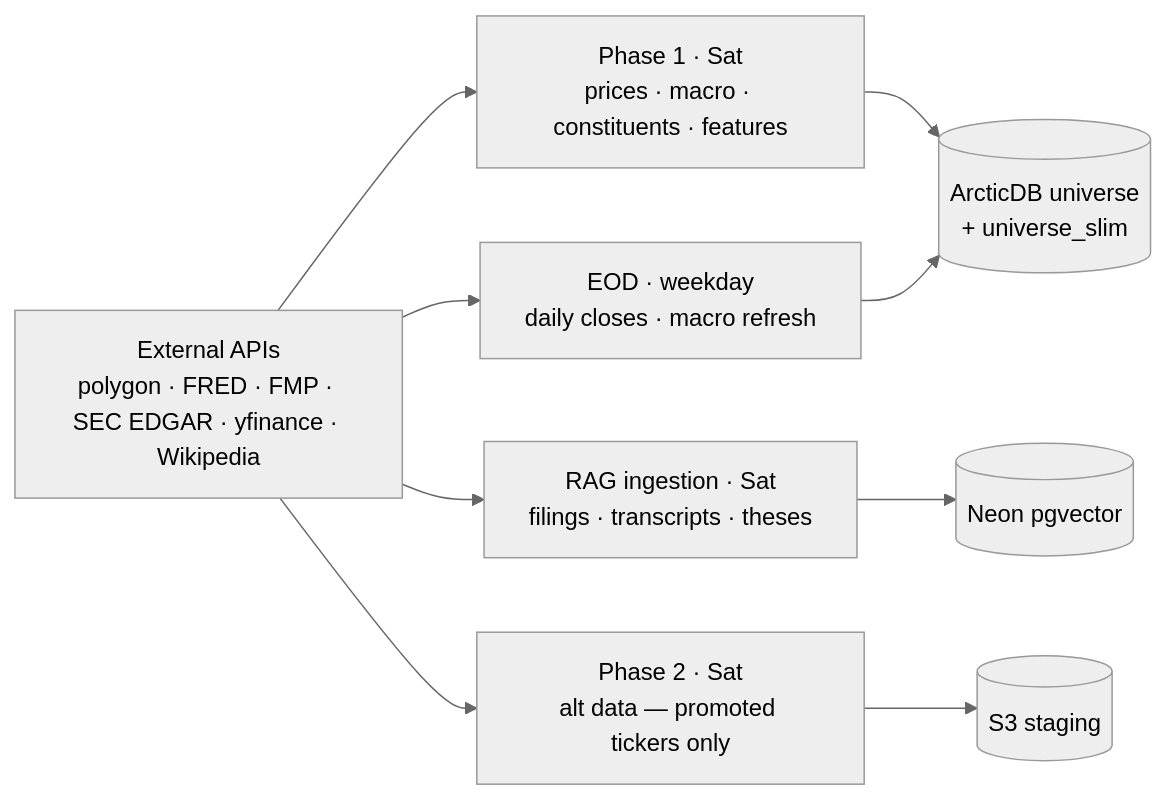
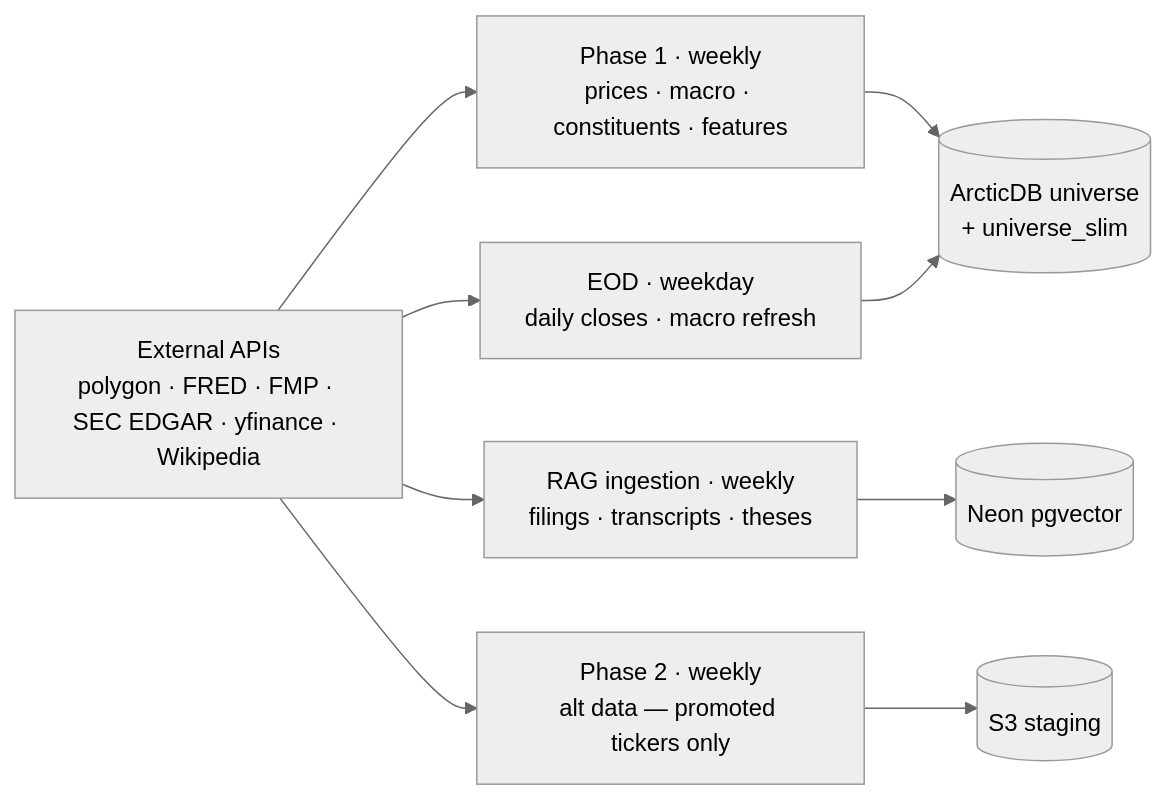
The diagram in README.md (cipher813/alpha-engine-data), drawn with Mermaid (neutral theme) before and after one commit. The commit also changed 1 other file, not shown here.

Commit message:
fix(presentation): refer to weekly SF, drop day-specific scheduling refs
Per review: presentation surfaces should refer to "the weekly Step
Function" rather than tying to a specific day (Saturday). Schedule
specifics (cron expressions, day-of-week) belong in CLAUDE.md, not
in user-facing READMEs — keeps the doc resilient if the schedule
ever shifts.

- README architecture diagram: "Phase 1 · Sat" → "Phase 1 · weekly"
  (similarly for RAG ingestion + Phase 2 boxes)
- OVERVIEW.md run modes table: "Saturday Step Function" → "weekly
  Step Function" (3 references)

````diff
--- a/README.md
+++ b/README.md
@@ -30,17 +30,17 @@
 ```mermaid
 flowchart LR
     APIs[External APIs<br/>polygon · FRED · FMP · SEC EDGAR · yfinance · Wikipedia] --> P1
     APIs --> RAG
     APIs --> P2
     APIs --> EOD
 
-    P1[Phase 1 · Sat<br/>prices · macro · constituents · features]
-    RAG[RAG ingestion · Sat<br/>filings · transcripts · theses]
-    P2[Phase 2 · Sat<br/>alt data — promoted tickers only]
+    P1[Phase 1 · weekly<br/>prices · macro · constituents · features]
+    RAG[RAG ingestion · weekly<br/>filings · transcripts · theses]
+    P2[Phase 2 · weekly<br/>alt data — promoted tickers only]
     EOD[EOD · weekday<br/>daily closes · macro refresh]
 
     P1 --> Arctic[(ArcticDB universe<br/>+ universe_slim)]
     EOD --> Arctic
     RAG --> Vector[(Neon pgvector)]
     P2 --> S3stage[(S3 staging)]
 ```
````
